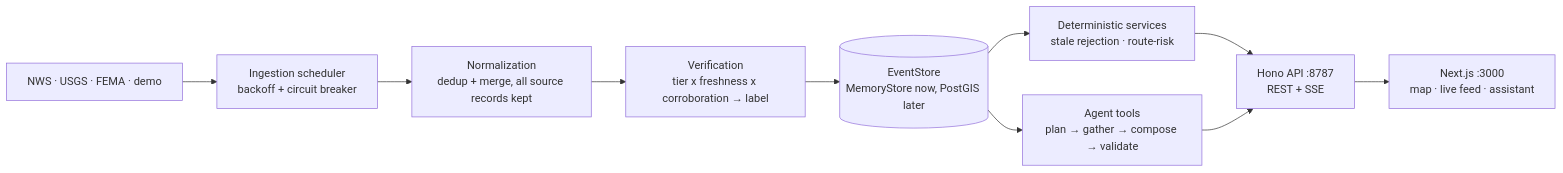
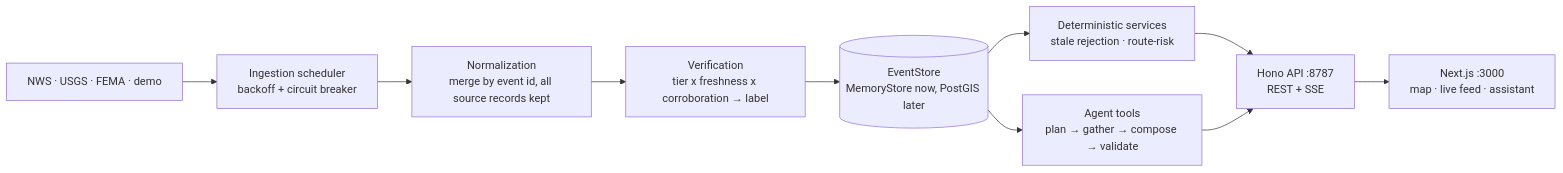
The diagram in README.md (gurul/harborline), drawn with Mermaid before and after one commit. The commit also changed other lines of this file and 32 other files, not shown here.

````diff
--- a/README.md
+++ b/README.md
@@ -55,12 +55,12 @@
 ```mermaid
 flowchart LR
     A[NWS · USGS · FEMA · demo] --> B[Ingestion scheduler<br/>backoff + circuit breaker]
-    B --> C[Normalization<br/>dedup + merge, all source records kept]
+    B --> C[Normalization<br/>merge by event id, all source records kept]
     C --> D[Verification<br/>tier x freshness x corroboration → label]
     D --> E[(EventStore<br/>MemoryStore now, PostGIS later)]
     E --> F[Deterministic services<br/>stale rejection · route-risk]
     E --> G[Agent tools<br/>plan → gather → compose → validate]
     F --> H[Hono API :8787<br/>REST + SSE]
     G --> H
     H --> I[Next.js :3000<br/>map · live feed · assistant]
 ```
````
